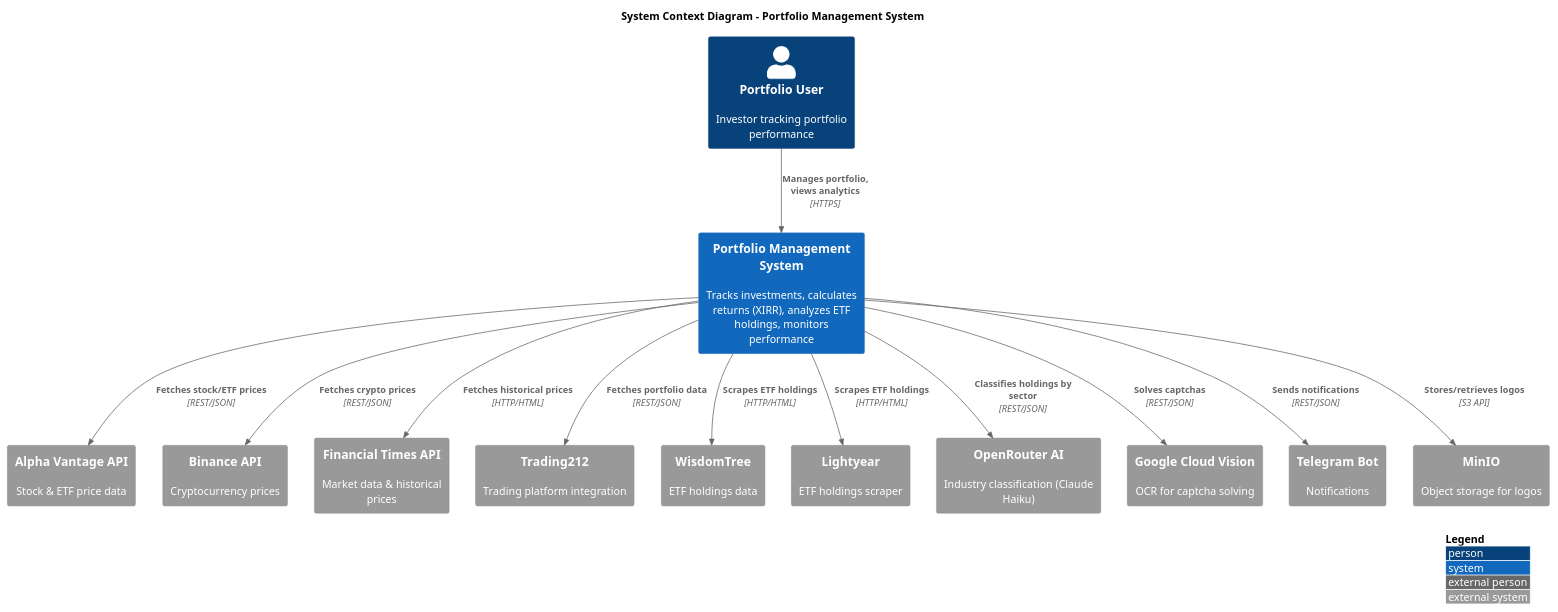
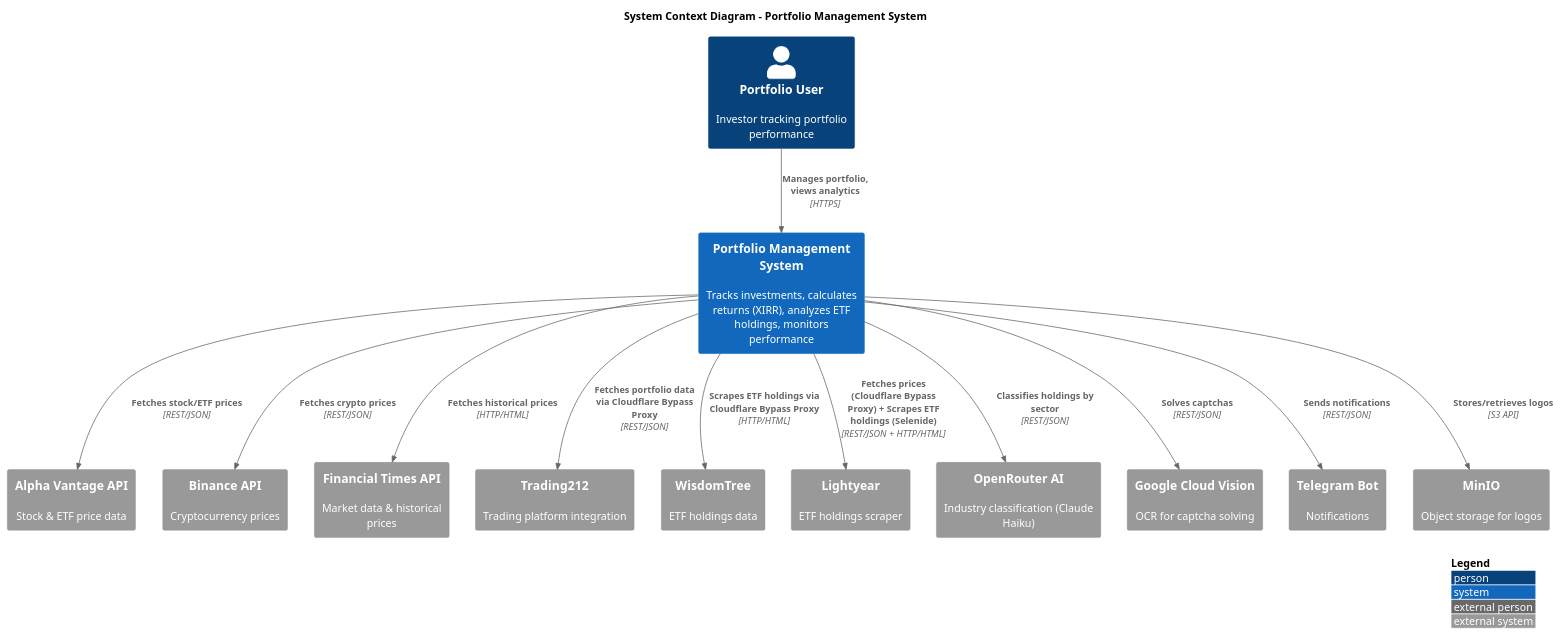
Before and after one commit to ktenman/portfolio: the diagram in docs/architecture/system-context.puml, drawn with PlantUML. The commit also changed 4 other files, not shown here.

Commit message:
Update Lightyear integration to fetch price data via Cloudflare Bypass Proxy and scrape ETF holdings using Selenide

```diff
--- a/docs/architecture/system-context.puml
+++ b/docs/architecture/system-context.puml
@@ -1,38 +1,38 @@
 @startuml system-context
 !include https://raw.githubusercontent.com/plantuml-stdlib/C4-PlantUML/master/C4_Context.puml
 
 LAYOUT_WITH_LEGEND()
 
 title System Context Diagram - Portfolio Management System
 
 Person(user, "Portfolio User", "Investor tracking portfolio performance")
 
 System(portfolio, "Portfolio Management System", "Tracks investments, calculates returns (XIRR), analyzes ETF holdings, monitors performance")
 
 System_Ext(alphavantage, "Alpha Vantage API", "Stock & ETF price data")
 System_Ext(binance, "Binance API", "Cryptocurrency prices")
 System_Ext(ft, "Financial Times API", "Market data & historical prices")
 System_Ext(trading212, "Trading212", "Trading platform integration")
 System_Ext(wisdomtree, "WisdomTree", "ETF holdings data")
 System_Ext(lightyear, "Lightyear", "ETF holdings scraper")
 
 System_Ext(openrouter, "OpenRouter AI", "Industry classification (Claude Haiku)")
 System_Ext(googlevision, "Google Cloud Vision", "OCR for captcha solving")
 System_Ext(telegram, "Telegram Bot", "Notifications")
 System_Ext(minio, "MinIO", "Object storage for logos")
 
 Rel(user, portfolio, "Manages portfolio, views analytics", "HTTPS")
 
 Rel(portfolio, alphavantage, "Fetches stock/ETF prices", "REST/JSON")
 Rel(portfolio, binance, "Fetches crypto prices", "REST/JSON")
 Rel(portfolio, ft, "Fetches historical prices", "HTTP/HTML")
-Rel(portfolio, trading212, "Fetches portfolio data", "REST/JSON")
-Rel(portfolio, wisdomtree, "Scrapes ETF holdings", "HTTP/HTML")
-Rel(portfolio, lightyear, "Scrapes ETF holdings", "HTTP/HTML")
+Rel(portfolio, trading212, "Fetches portfolio data via Cloudflare Bypass Proxy", "REST/JSON")
+Rel(portfolio, wisdomtree, "Scrapes ETF holdings via Cloudflare Bypass Proxy", "HTTP/HTML")
+Rel(portfolio, lightyear, "Fetches prices (Cloudflare Bypass Proxy) + Scrapes ETF holdings (Selenide)", "REST/JSON + HTTP/HTML")
 
 Rel(portfolio, openrouter, "Classifies holdings by sector", "REST/JSON")
 Rel(portfolio, googlevision, "Solves captchas", "REST/JSON")
 Rel(portfolio, telegram, "Sends notifications", "REST/JSON")
 Rel(portfolio, minio, "Stores/retrieves logos", "S3 API")
 
 @enduml
```
